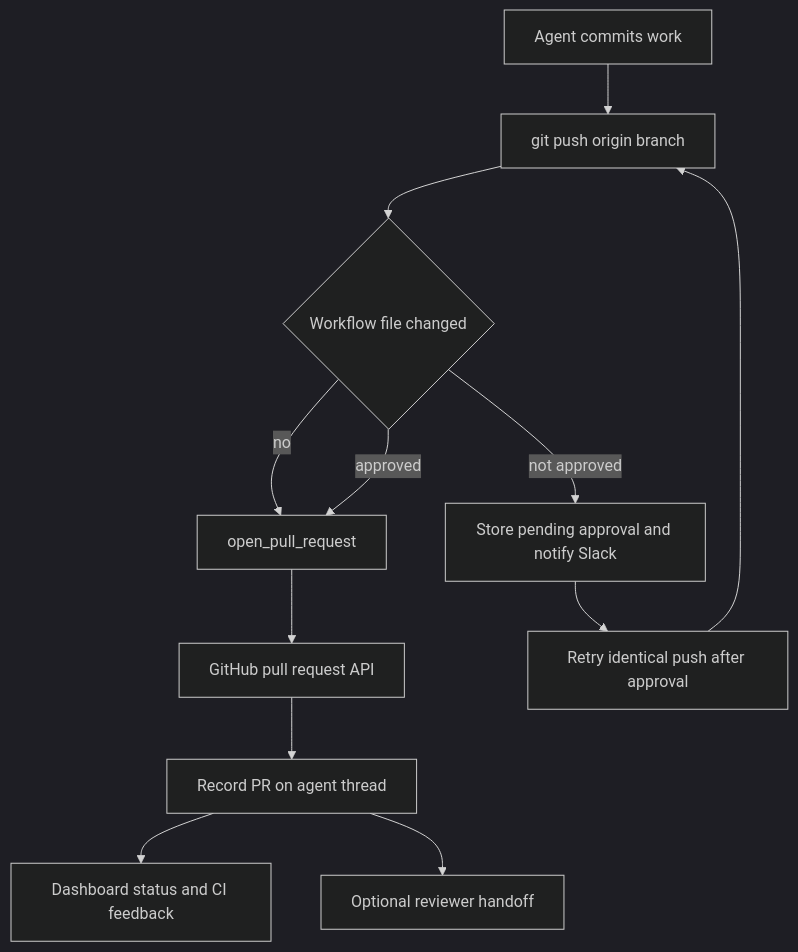
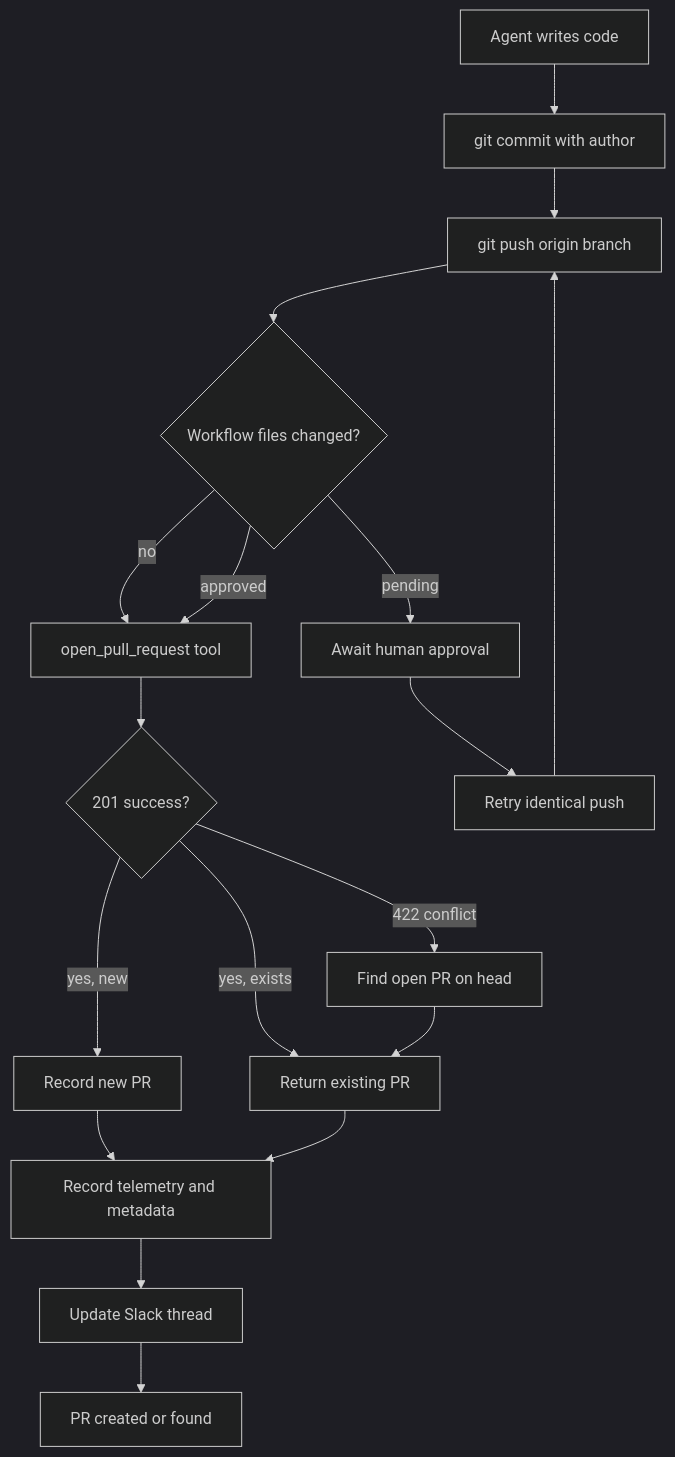
The diagram in openwiki/workflows/pr-creation.md (aeteq/open-swe), drawn with Mermaid (dark theme) before and after one commit. The commit also changed other lines of this file and 41 other files, not shown here.

````diff
--- a/openwiki/workflows/pr-creation.md
+++ b/openwiki/workflows/pr-creation.md
@@ -43,14 +37,20 @@
 ```mermaid
 flowchart TD
-    Commit["Agent commits work"] --> Push["git push origin branch"]
-    Push --> Workflow{"Workflow file changed"}
-    Workflow -->|"no"| Open["open_pull_request"]
-    Workflow -->|"approved"| Open
-    Workflow -->|"not approved"| Pending["Store pending approval and notify Slack"]
-    Pending --> Retry["Retry identical push after approval"]
+    Write["Agent writes code"] --> Commit["git commit with author"]
+    Commit --> Push["git push origin branch"]
+    Push --> WorkflowCheck{"Workflow files changed?"}
+    WorkflowCheck -->|no| OpenPR["open_pull_request tool"]
+    WorkflowCheck -->|approved| OpenPR
+    WorkflowCheck -->|pending| WaitApproval["Await human approval"]
+    WaitApproval --> Retry["Retry identical push"]
     Retry --> Push
-    Open --> GitHub["GitHub pull request API"]
-    GitHub --> Thread["Record PR on agent thread"]
-    Thread --> Status["Dashboard status and CI feedback"]
-    Thread --> Review["Optional reviewer handoff"]
+    OpenPR --> CheckStatus{201 success?}
+    CheckStatus -->|yes, new| RecordNew["Record new PR"]
+    CheckStatus -->|yes, exists| RecordExist["Return existing PR"]
+    CheckStatus -->|422 conflict| FindExist["Find open PR on head"]
+    FindExist --> RecordExist
+    RecordNew --> Telemetry["Record telemetry and metadata"]
+    RecordExist --> Telemetry
+    Telemetry --> Thread["Update Slack thread"]
+    Thread --> Done["PR created or found"]
 ```
````
